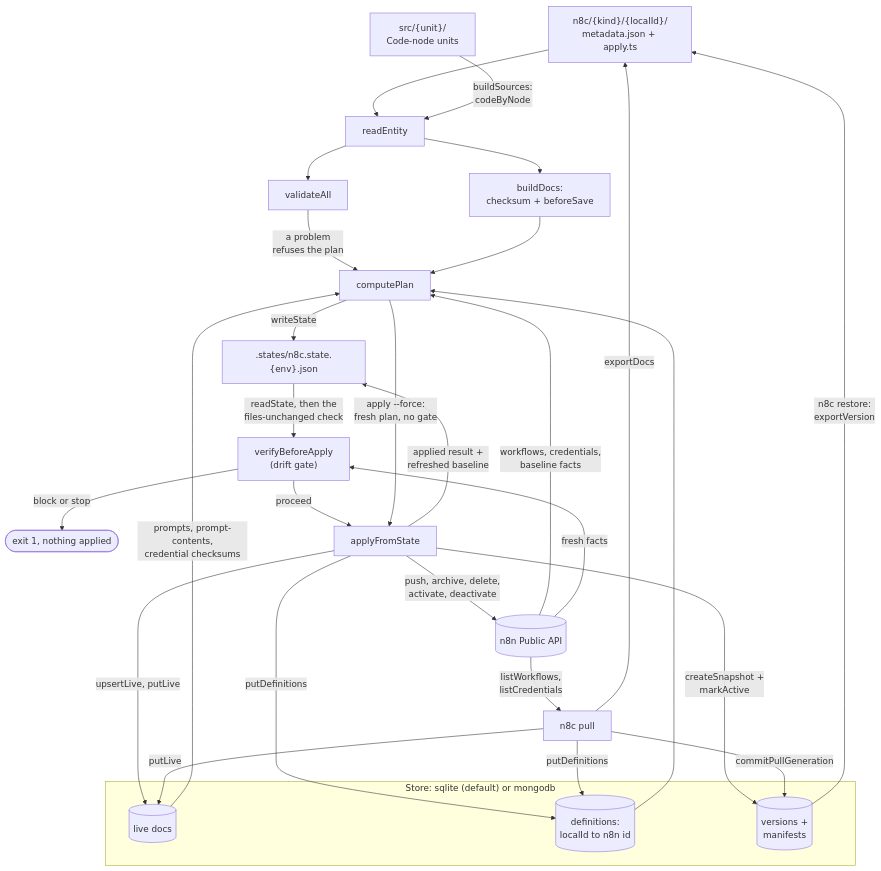
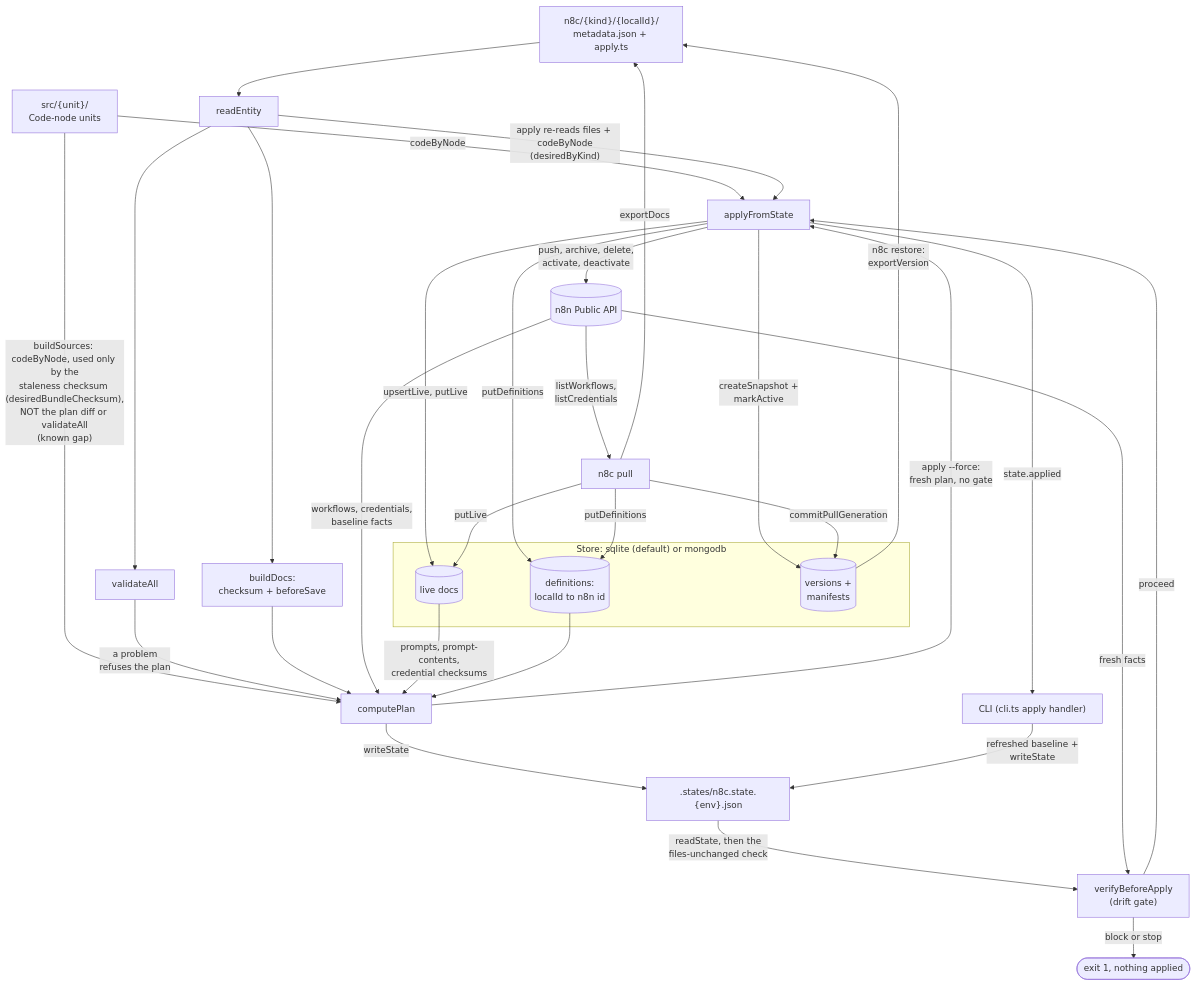
The first of 14 diagrams in docs/ARCHITECTURE.md (nullseal/n8c), drawn with Mermaid before and after one commit. The commit also changed other lines of this file, not shown here.

Commit message:
docs: fix diagram accuracy findings

````diff
--- a/docs/ARCHITECTURE.md
+++ b/docs/ARCHITECTURE.md
@@ -42,37 +42,40 @@
 ```mermaid
 flowchart TB
     FILES["n8c/{kind}/{localId}/<br/>metadata.json + apply.ts"]
     UNITS["src/{unit}/<br/>Code-node units"]
     FILES --> RE["readEntity"]
-    UNITS -->|"buildSources:<br/>codeByNode"| RE
+    UNITS -->|"buildSources: codeByNode, used only by the<br/>staleness checksum (desiredBundleChecksum),<br/>NOT the plan diff or validateAll<br/>(known gap)"| CP
+    UNITS -->|"codeByNode"| AFS
+    RE -->|"apply re-reads files + codeByNode<br/>(desiredByKind)"| AFS
     RE --> VAL["validateAll"]
     RE --> BD["buildDocs:<br/>checksum + beforeSave"]
     VAL -->|"a problem<br/>refuses the plan"| CP["computePlan"]
     BD --> CP
     N8N[("n8n Public API")]
     subgraph db["Store: sqlite (default) or mongodb"]
         LIVE[("live docs")]
         DEFS[("definitions:<br/>localId to n8n id")]
         VERS[("versions +<br/>manifests")]
     end
     N8N -->|"workflows, credentials,<br/>baseline facts"| CP
     LIVE -->|"prompts, prompt-contents,<br/>credential checksums"| CP
     DEFS --> CP
     CP -->|"writeState"| STATE[".states/n8c.state.{env}.json"]
     STATE -->|"readState, then the<br/>files-unchanged check"| GATE["verifyBeforeApply<br/>(drift gate)"]
     N8N -->|"fresh facts"| GATE
     GATE -->|"block or stop"| HALT(["exit 1, nothing applied"])
     GATE -->|"proceed"| AFS["applyFromState"]
     CP -->|"apply --force:<br/>fresh plan, no gate"| AFS
     AFS -->|"push, archive, delete,<br/>activate, deactivate"| N8N
     AFS -->|"upsertLive, putLive"| LIVE
     AFS -->|"putDefinitions"| DEFS
     AFS -->|"createSnapshot +<br/>markActive"| VERS
-    AFS -->|"applied result +<br/>refreshed baseline"| STATE
+    AFS -->|"state.applied"| CLI["CLI (cli.ts apply handler)"]
+    CLI -->|"refreshed baseline +<br/>writeState"| STATE
     N8N -->|"listWorkflows,<br/>listCredentials"| PULL["n8c pull"]
     PULL -->|"putLive"| LIVE
     PULL -->|"putDefinitions"| DEFS
     PULL -->|"commitPullGeneration"| VERS
     PULL -->|"exportDocs"| FILES
     VERS -->|"n8c restore:<br/>exportVersion"| FILES
 ```
````
